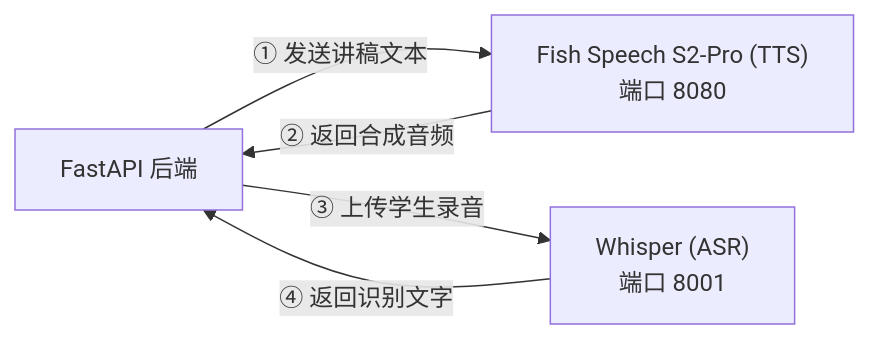
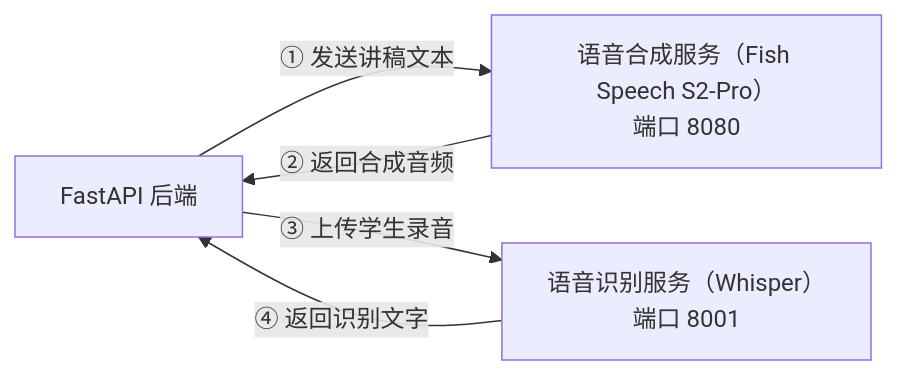
Before and after one commit to rereareal/ta-new: the diagram in PPT-Helper/decks/speech.md, drawn with Mermaid. The commit also changed 2 other files, not shown here.

Commit message:
docs(decks): 按写作原则优化业务模块与语音讲稿

````diff
--- a/PPT-Helper/decks/speech.md
+++ b/PPT-Helper/decks/speech.md
@@ -24,7 +24,7 @@
 ```mermaid
 flowchart LR
-  B["FastAPI 后端"] -- "① 发送讲稿文本" --> F["Fish Speech S2-Pro (TTS)<br/>端口 8080"]
+  B["FastAPI 后端"] -- "① 发送讲稿文本" --> F["语音合成服务（Fish Speech S2-Pro）<br/>端口 8080"]
   F -- "② 返回合成音频" --> B
-  B -- "③ 上传学生录音" --> W["Whisper (ASR)<br/>端口 8001"]
+  B -- "③ 上传学生录音" --> W["语音识别服务（Whisper）<br/>端口 8001"]
   W -- "④ 返回识别文字" --> B
 ```
````
